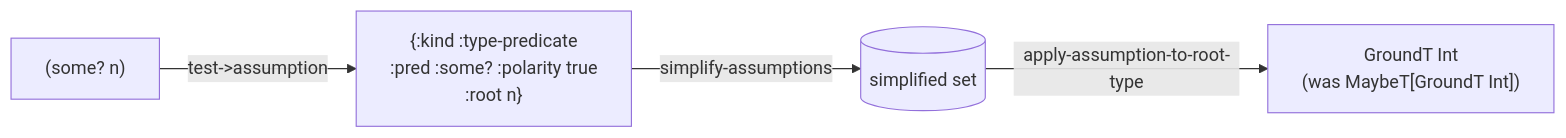
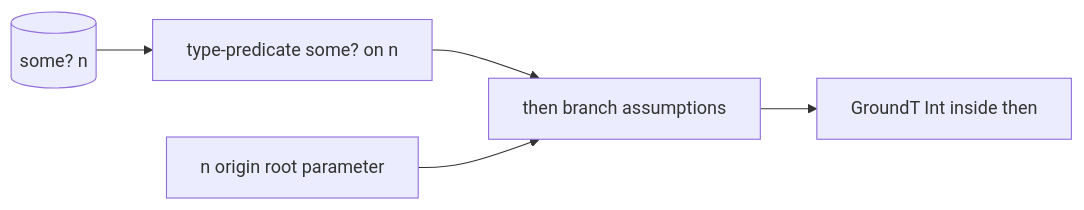
The first of 2 diagrams in skeptic/docs/walkthrough/08-narrowing-and-origins.md (nomicflux/skeptic), drawn with Mermaid before and after one commit. The commit also changed other lines of this file and 12 other files, not shown here.

````diff
--- a/skeptic/docs/walkthrough/08-narrowing-and-origins.md
+++ b/skeptic/docs/walkthrough/08-narrowing-and-origins.md
@@ -97,7 +32,7 @@
 ```mermaid
 flowchart LR
-  test["(some? n)"]
-  test -->|test->assumption| asm["{:kind :type-predicate<br/>:pred :some? :polarity true<br/>:root n}"]
-  asm -->|simplify-assumptions| simp[(simplified set)]
-  simp -->|apply-assumption-to-root-type| refined["GroundT Int<br/>(was MaybeT[GroundT Int])"]
+  test[(some? n)] --> assumption[type-predicate some? on n]
+  assumption --> branch[then branch assumptions]
+  local[n origin root parameter] --> branch
+  branch --> refined[GroundT Int inside then]
 ```
````
